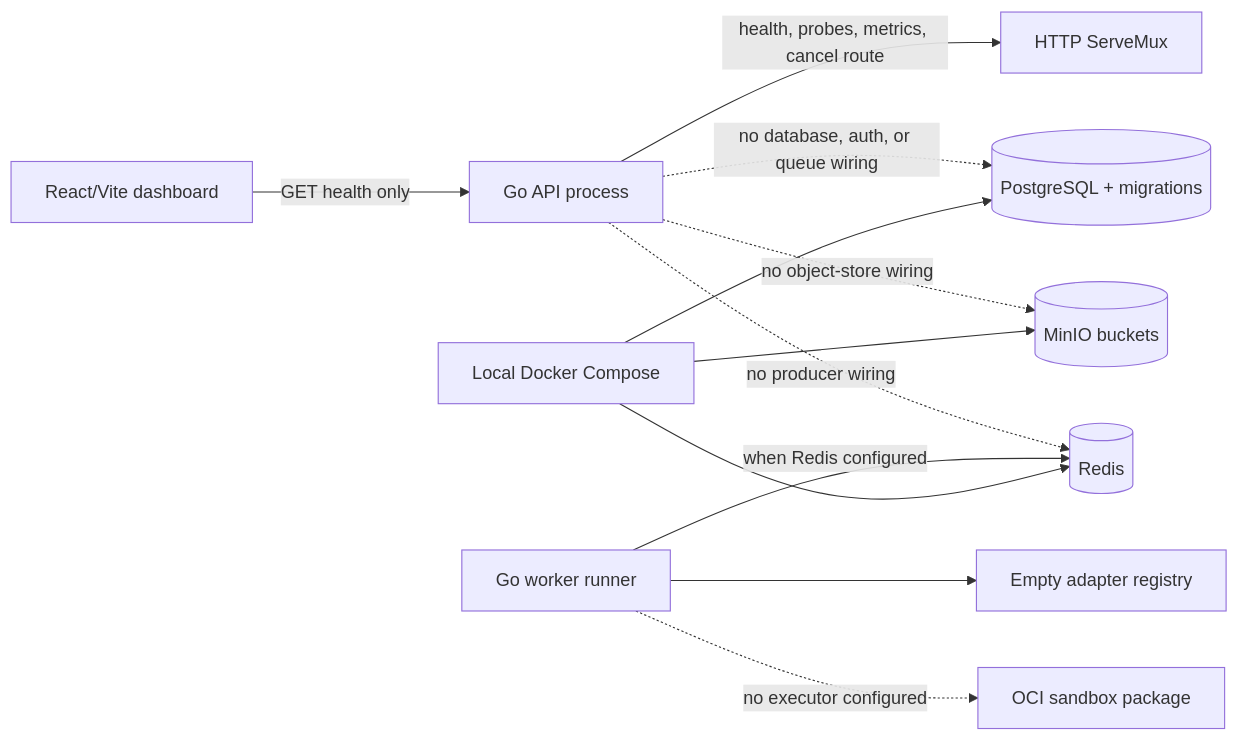
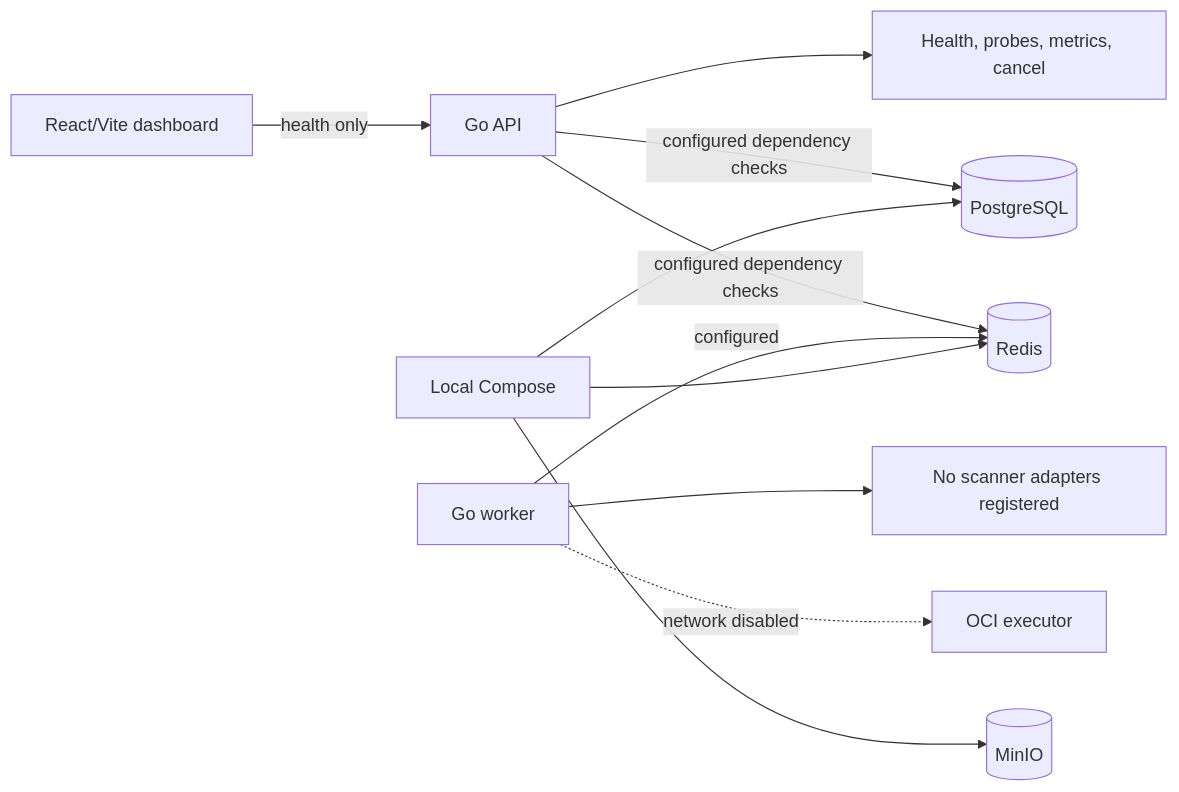
One commit to eOzkahq/Kelvin changed the diagram in docs/architecture/PHASE_1_AUDIT_REPORT.md. Above: the diagram before and after it, drawn with Mermaid. The commit also changed other lines of this file and 19 other files, not shown here.

````diff
--- a/docs/architecture/PHASE_1_AUDIT_REPORT.md
+++ b/docs/architecture/PHASE_1_AUDIT_REPORT.md
@@ -72,14 +34,13 @@
 ```mermaid
 flowchart LR
-    Browser[React/Vite dashboard] -->|GET health only| API[Go API process]
-    API -->|health, probes, metrics, cancel route| Router[HTTP ServeMux]
-    Compose[Local Docker Compose] --> PG[(PostgreSQL + migrations)]
-    Compose --> Redis[(Redis)]
-    Compose --> MinIO[(MinIO buckets)]
-    Worker[Go worker runner] -->|when Redis configured| Redis
-    Worker --> EmptyRegistry[Empty adapter registry]
-    Worker -. no executor configured .-> Sandbox[OCI sandbox package]
-    API -. no database, auth, or queue wiring .-> PG
-    API -. no producer wiring .-> Redis
-    API -. no object-store wiring .-> MinIO
+    Browser[React/Vite dashboard] -->|health only| API[Go API]
+    API --> Routes[Health, probes, metrics, cancel]
+    API -->|configured dependency checks| PG[(PostgreSQL)]
+    API -->|configured dependency checks| Redis[(Redis)]
+    Worker[Go worker] -->|configured| Redis
+    Worker --> Empty[No scanner adapters registered]
+    Worker -. network disabled .-> Sandbox[OCI executor]
+    Compose[Local Compose] --> PG
+    Compose --> Redis
+    Compose --> MinIO[(MinIO)]
 ```
````
